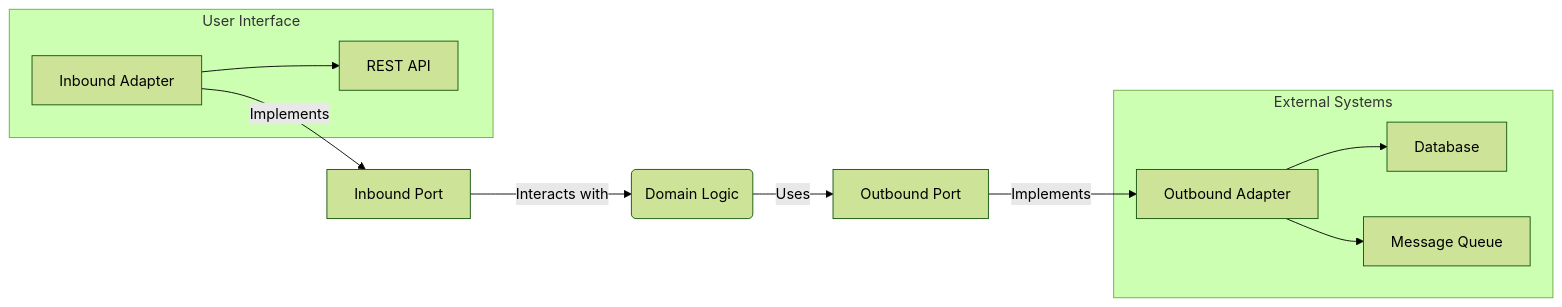
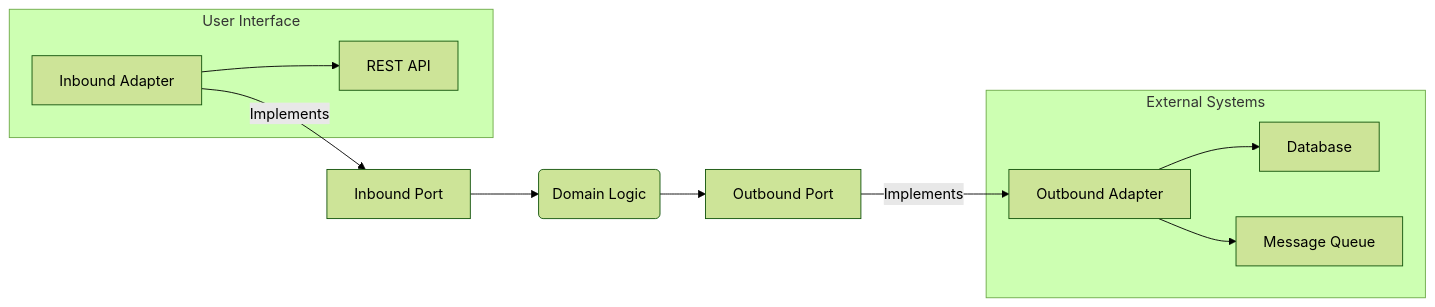
One commit to trumboosahil/hexagonal_go changed the diagram in README.md. Above: the diagram before and after it, drawn with Mermaid (forest theme).

Commit message:
added readme file

````diff
--- a/README.md
+++ b/README.md
@@ -9,16 +9,16 @@
 ```mermaid
 graph LR
-    A[Inbound Port] -->|Interacts with| B(Domain Logic)
-    B -->|Uses| C[Outbound Port]
+    A[Inbound Port] --> B(Domain Logic)
+    B --> C[Outbound Port]
     D[Inbound Adapter] -->|Implements| A
     C -->|Implements| E[Outbound Adapter]
 
     subgraph External Systems
     E --> F[Database]
     E --> G[Message Queue]
     end
 
     subgraph User Interface
     D --> H[REST API]
     end
 ```
````
